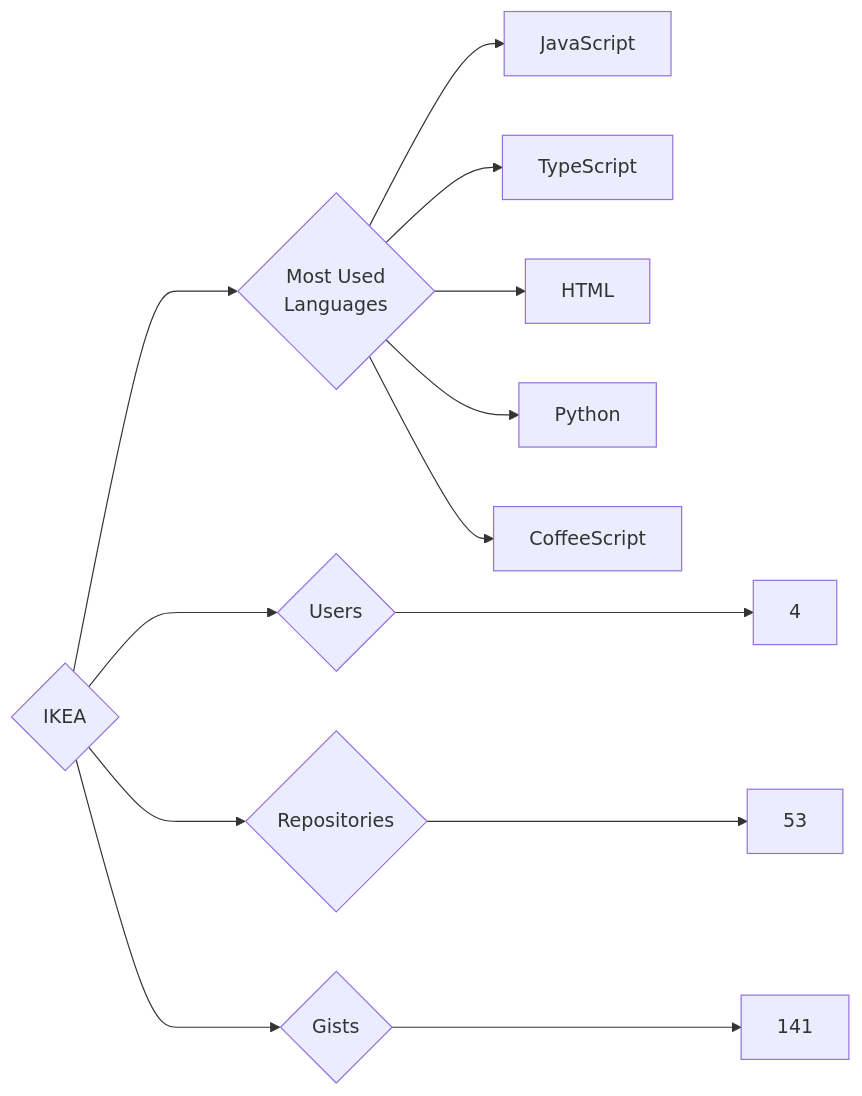
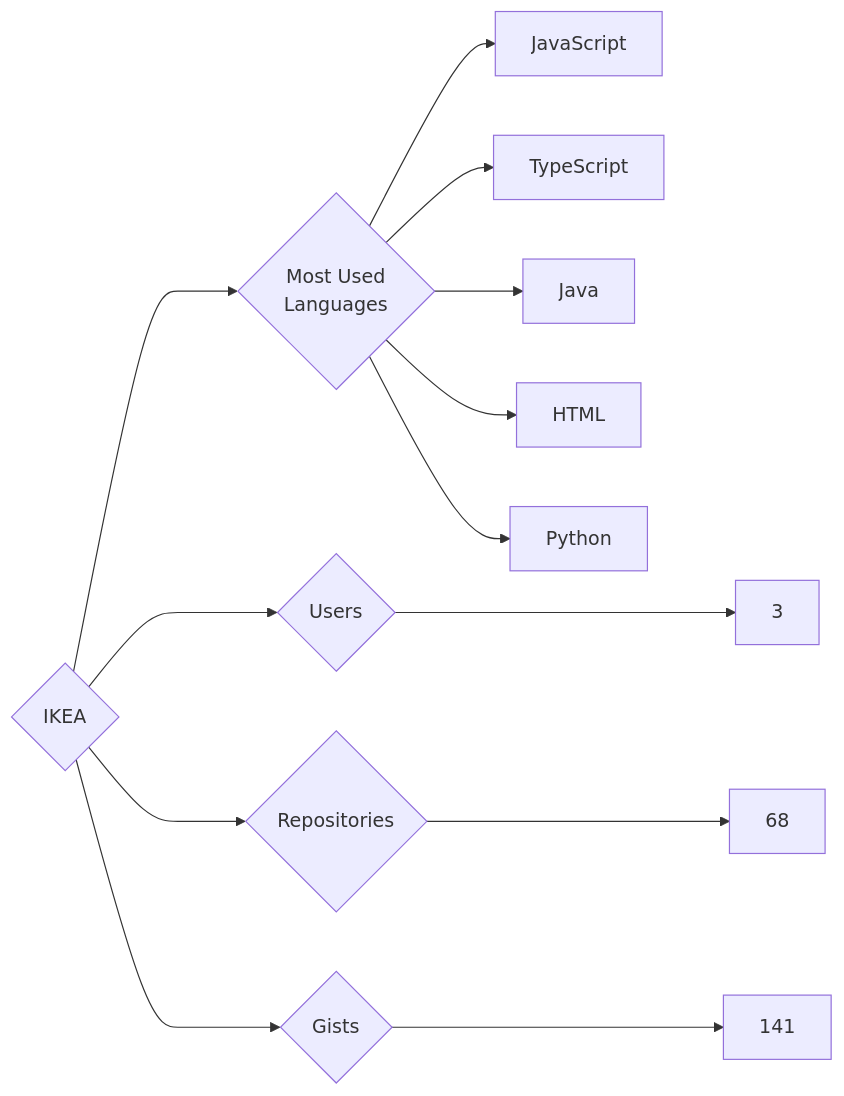
One commit to trickest/insiders changed the diagram in targets/IKEA/README.md. Above: the diagram before and after it, drawn with Mermaid. The commit also changed 998 other files, not shown here.

````diff
--- a/targets/IKEA/README.md
+++ b/targets/IKEA/README.md
@@ -3,13 +3,13 @@
 ```mermaid
 graph LR
 COMPANY_NAME{IKEA}
-COMPANY_NAME ---> U{Users} ---> UN[4]
-COMPANY_NAME ---> R{Repositories} ---> RN[53]
+COMPANY_NAME ---> U{Users} ---> UN[3]
+COMPANY_NAME ---> R{Repositories} ---> RN[68]
 COMPANY_NAME ---> G{Gists} ---> GN[141]
 COMPANY_NAME ---> ML{Most Used<br>Languages}
 ML --> JavaScript[JavaScript]
 ML --> TypeScript[TypeScript]
+ML --> Java[Java]
 ML --> HTML[HTML]
 ML --> Python[Python]
-ML --> CoffeeScript[CoffeeScript]
 ```
````
